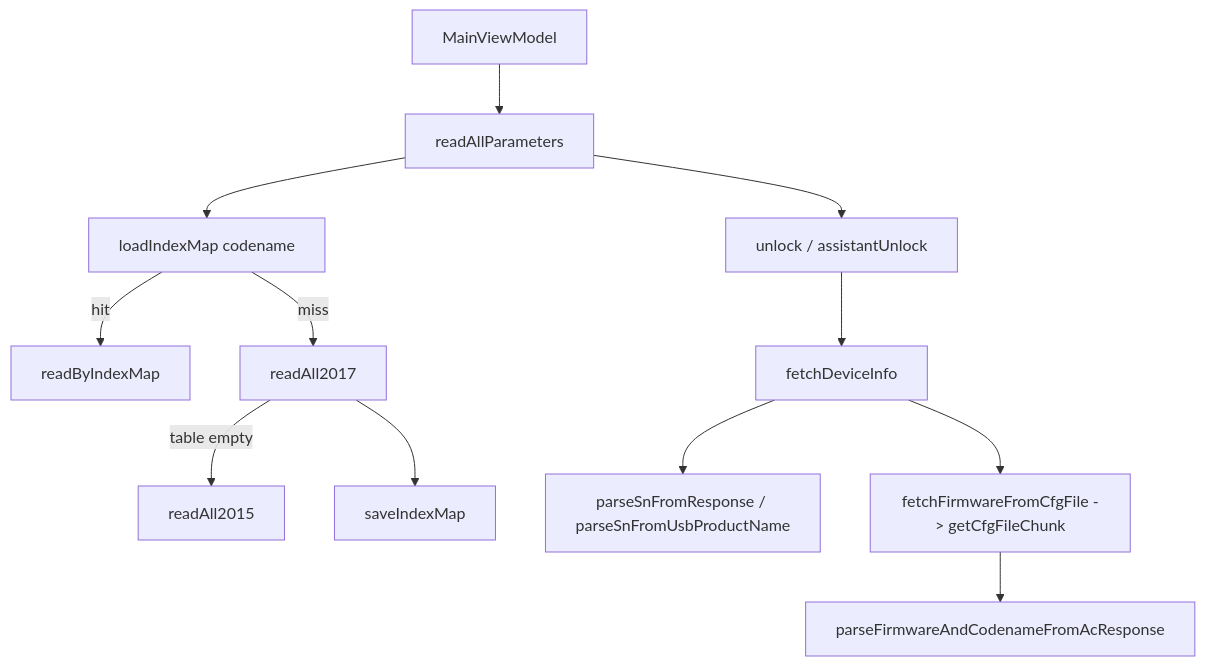
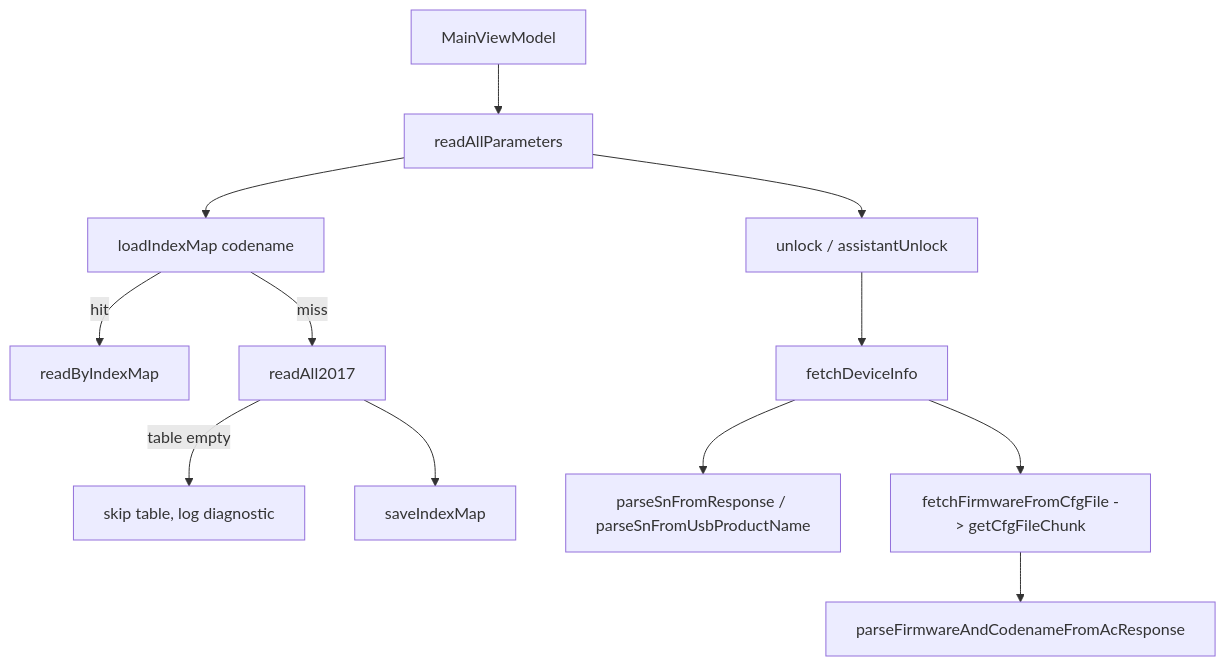
One commit to bobberdolle1/dji-freefly-research changed the diagram in docs/ARCHITECTURE.md. Above: the diagram before and after it, drawn with Mermaid. The commit also changed other lines of this file and 6 other files, not shown here.

````diff
--- a/docs/ARCHITECTURE.md
+++ b/docs/ARCHITECTURE.md
@@ -79,14 +79,14 @@
 ```mermaid
 flowchart TD
     UI[MainViewModel] --> RP[readAllParameters]
     RP --> LM[loadIndexMap codename]
     LM -->|hit| RBM[readByIndexMap]
     LM -->|miss| S17[readAll2017]
-    S17 -->|table empty| S15[readAll2015]
+    S17 -->|table empty| SKIP[skip table, log diagnostic]
     S17 --> SIM[saveIndexMap]
     RP --> U[unlock / assistantUnlock]
     U --> FD[fetchDeviceInfo]
     FD --> SN[parseSnFromResponse / parseSnFromUsbProductName]
     FD --> FW[fetchFirmwareFromCfgFile -> getCfgFileChunk]
     FW --> PF[parseFirmwareAndCodenameFromAcResponse]
 ```
````
